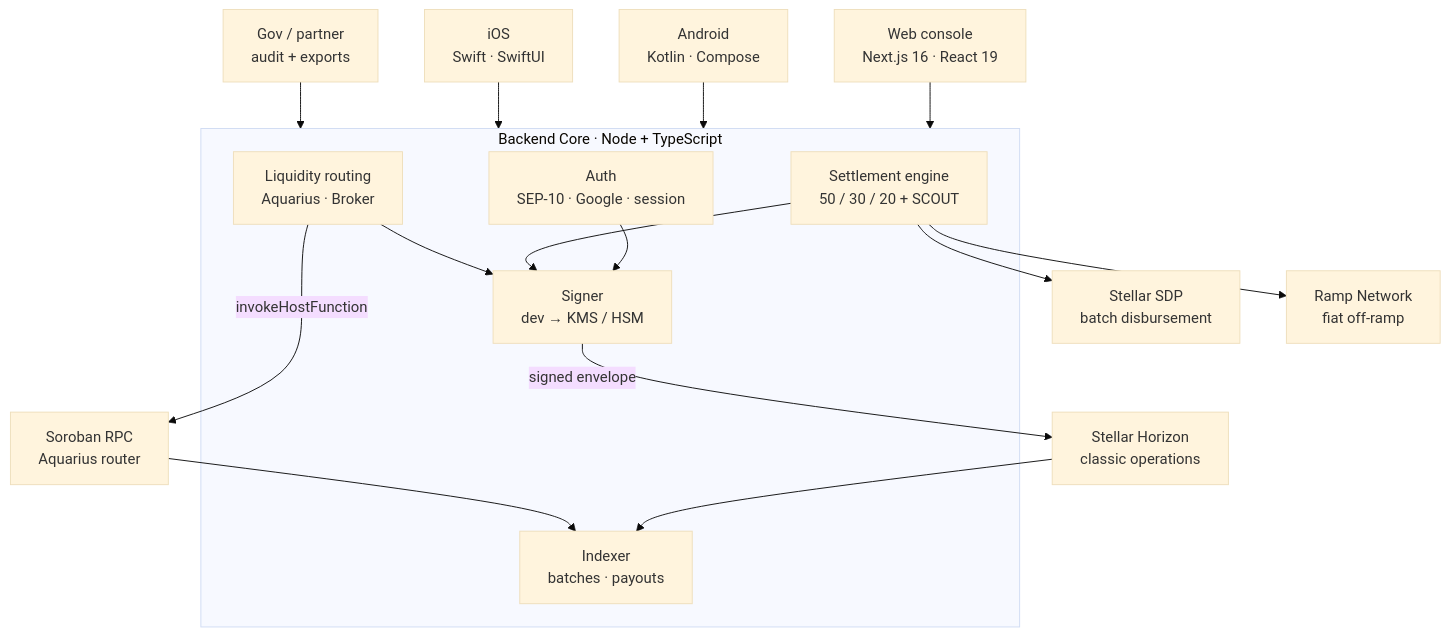
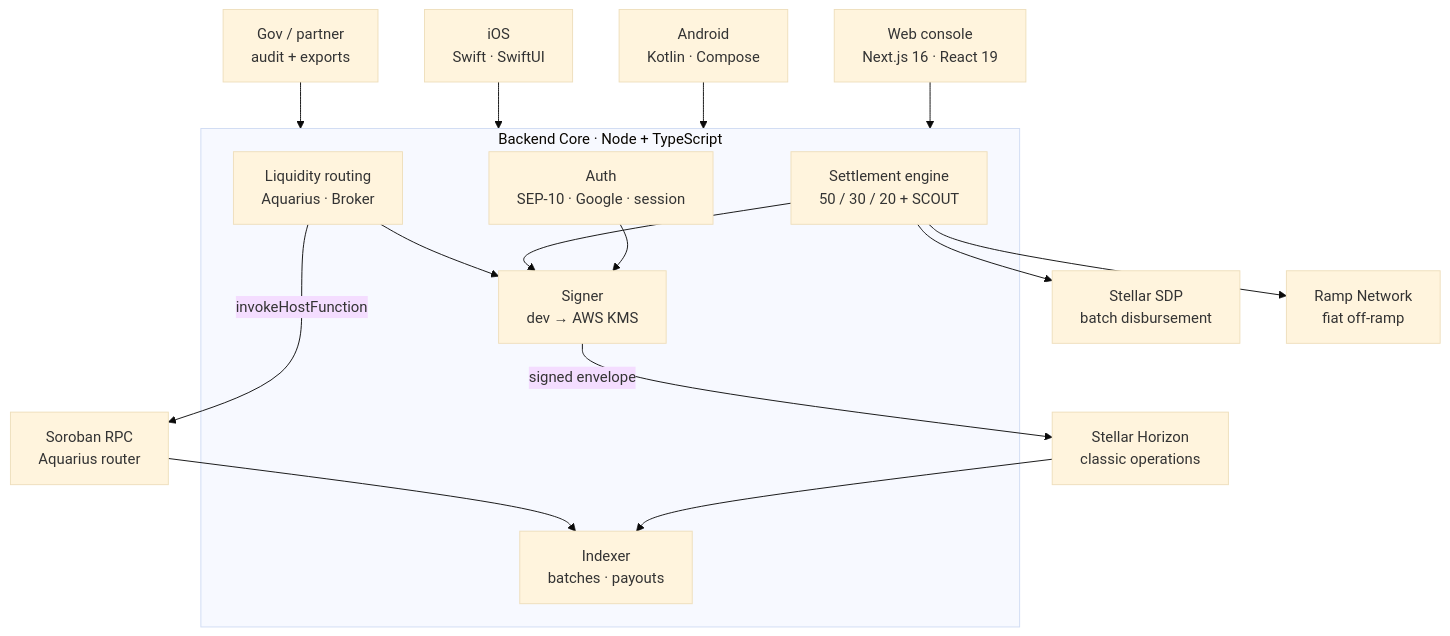
The diagram in README.md (pathpulse9-ui/path-pulse), drawn with Mermaid (base theme) before and after one commit. The commit also changed other lines of this file and 11 other files, not shown here.

````diff
--- a/README.md
+++ b/README.md
@@ -89,25 +89,25 @@
 ```mermaid
 graph TD
   subgraph BE["Backend Core · Node + TypeScript"]
     AUTH["Auth<br/>SEP-10 · Google · session"]
     ENG["Settlement engine<br/>50 / 30 / 20 + SCOUT"]
-    SIGN["Signer<br/>dev → KMS / HSM"]
+    SIGN["Signer<br/>dev → AWS KMS"]
     ROUTE["Liquidity routing<br/>Aquarius · Broker"]
     IDX["Indexer<br/>batches · payouts"]
   end
 
   WEB["Web console<br/>Next.js 16 · React 19"] --> BE
   AND["Android<br/>Kotlin · Compose"] --> BE
   IOS["iOS<br/>Swift · SwiftUI"] --> BE
   GOV["Gov / partner<br/>audit + exports"] --> BE
 
   AUTH --> SIGN
   ENG --> SIGN
   ROUTE --> SIGN
   SIGN -->|"signed envelope"| HZ["Stellar Horizon<br/>classic operations"]
   ROUTE -->|"invokeHostFunction"| SRB["Soroban RPC<br/>Aquarius router"]
   ENG --> SDP["Stellar SDP<br/>batch disbursement"]
   ENG --> RAMP["Ramp Network<br/>fiat off-ramp"]
   HZ --> IDX
   SRB --> IDX
 ```
````
